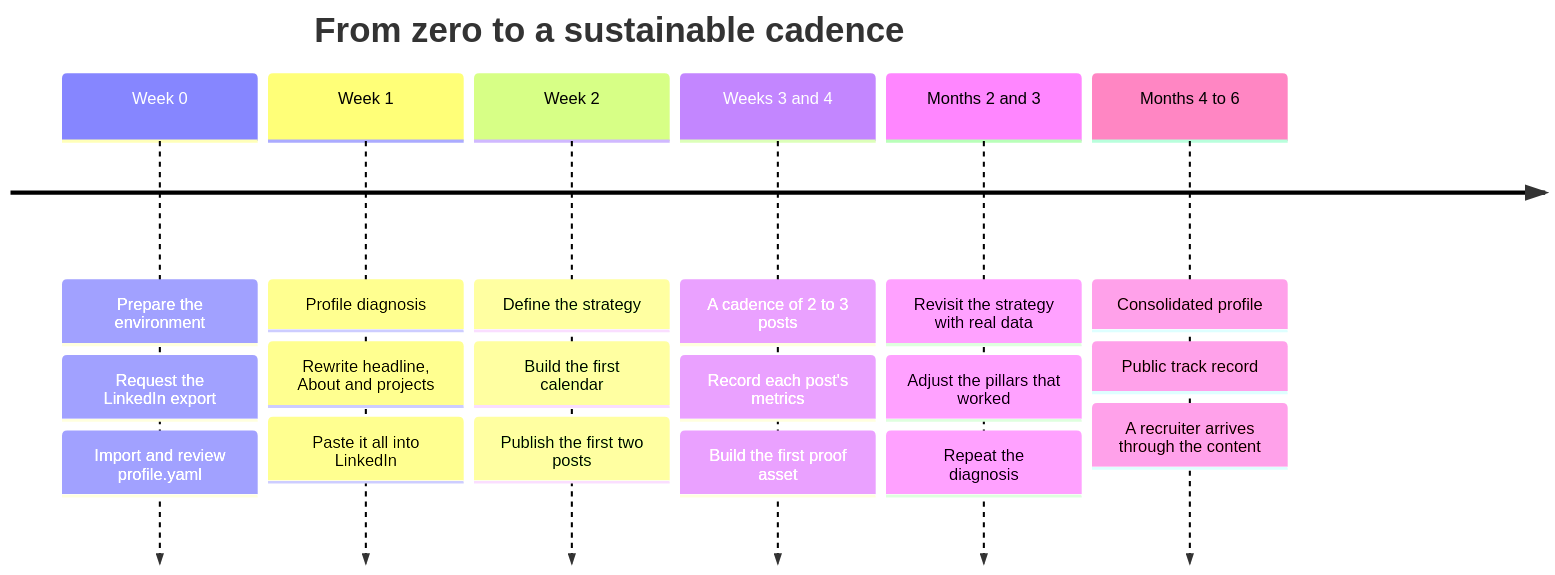
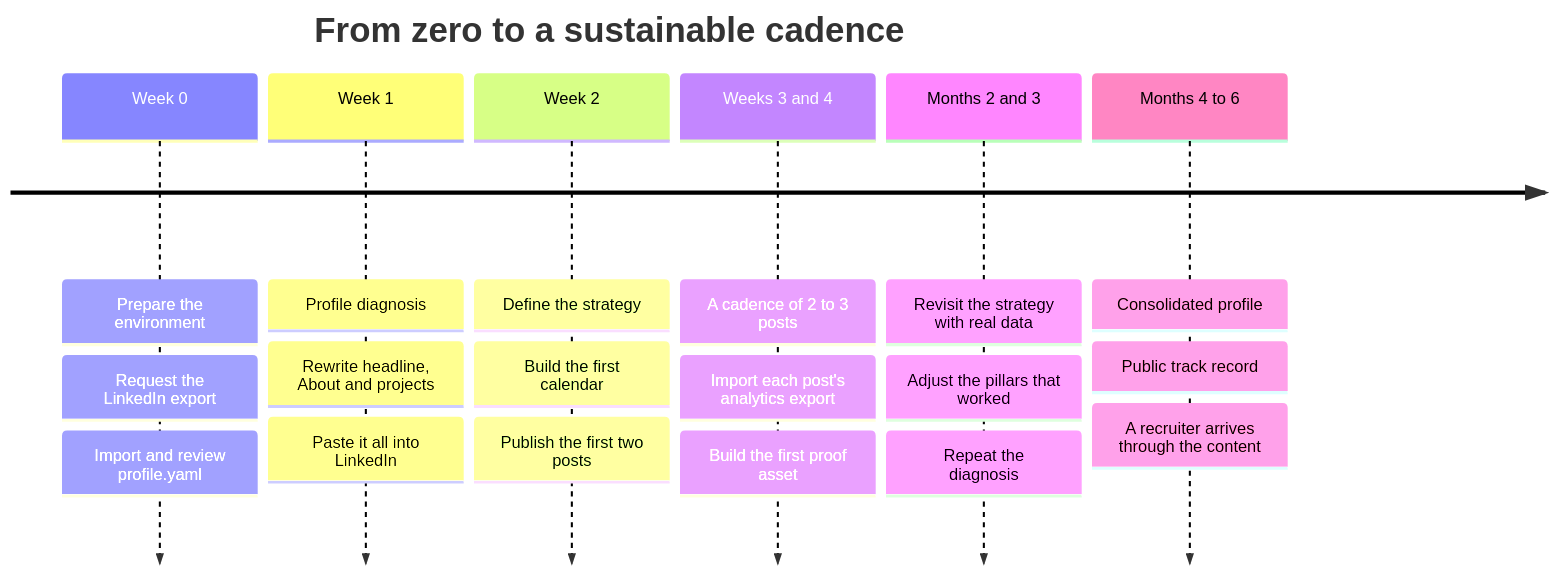
Before and after one commit to gabrantoniette/linkedin-growth-agents: the second of 4 diagrams in docs/roadmap.md, drawn with Mermaid. The commit also changed other lines of this file and 20 other files, not shown here.

````diff
--- a/docs/roadmap.md
+++ b/docs/roadmap.md
@@ -49,10 +49,10 @@
 ```mermaid
 timeline
     title From zero to a sustainable cadence
     Week 0 : Prepare the environment : Request the LinkedIn export : Import and review profile.yaml
     Week 1 : Profile diagnosis : Rewrite headline, About and projects : Paste it all into LinkedIn
     Week 2 : Define the strategy : Build the first calendar : Publish the first two posts
-    Weeks 3 and 4 : A cadence of 2 to 3 posts : Record each post's metrics : Build the first proof asset
+    Weeks 3 and 4 : A cadence of 2 to 3 posts : Import each post's analytics export : Build the first proof asset
     Months 2 and 3 : Revisit the strategy with real data : Adjust the pillars that worked : Repeat the diagnosis
     Months 4 to 6 : Consolidated profile : Public track record : A recruiter arrives through the content
 ```
````
